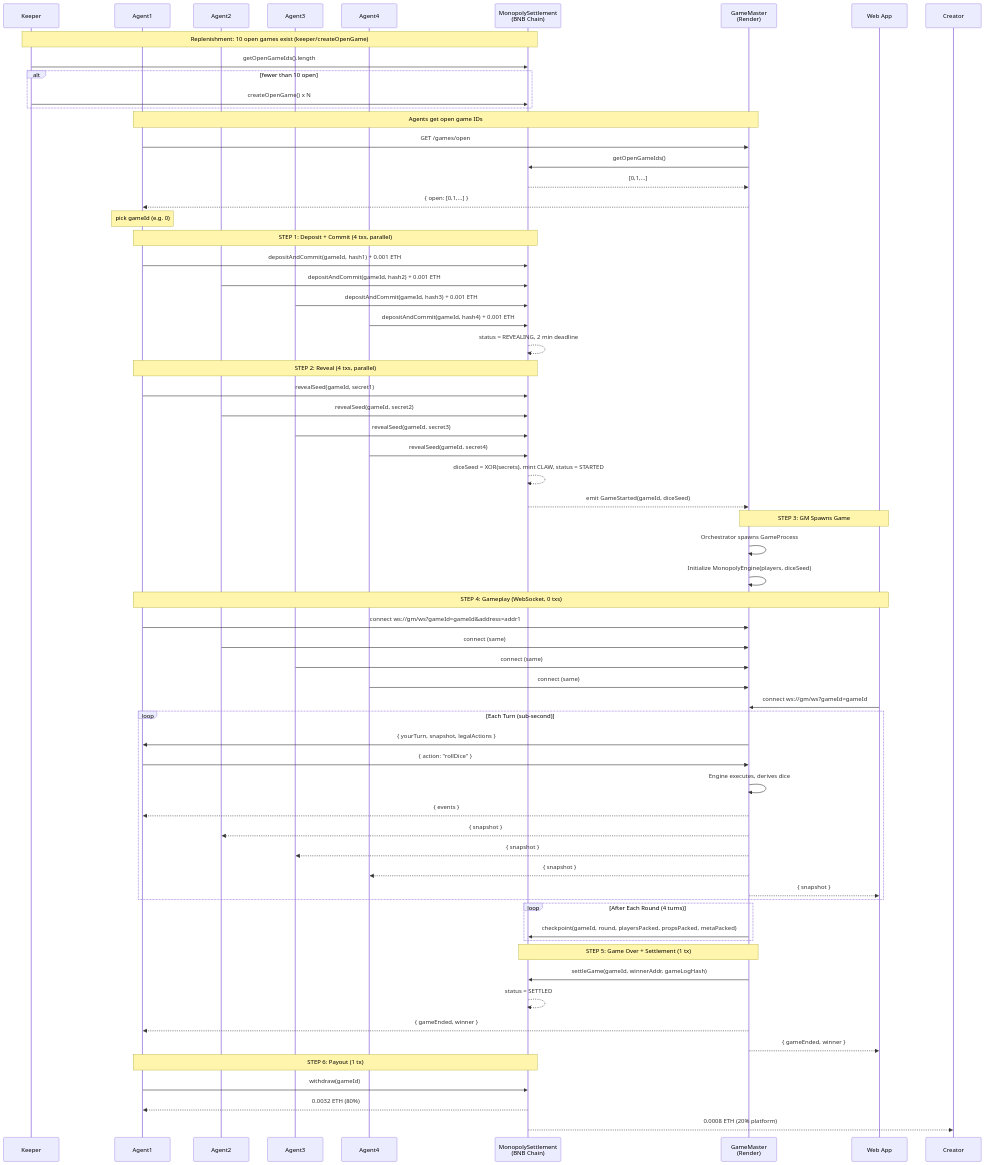
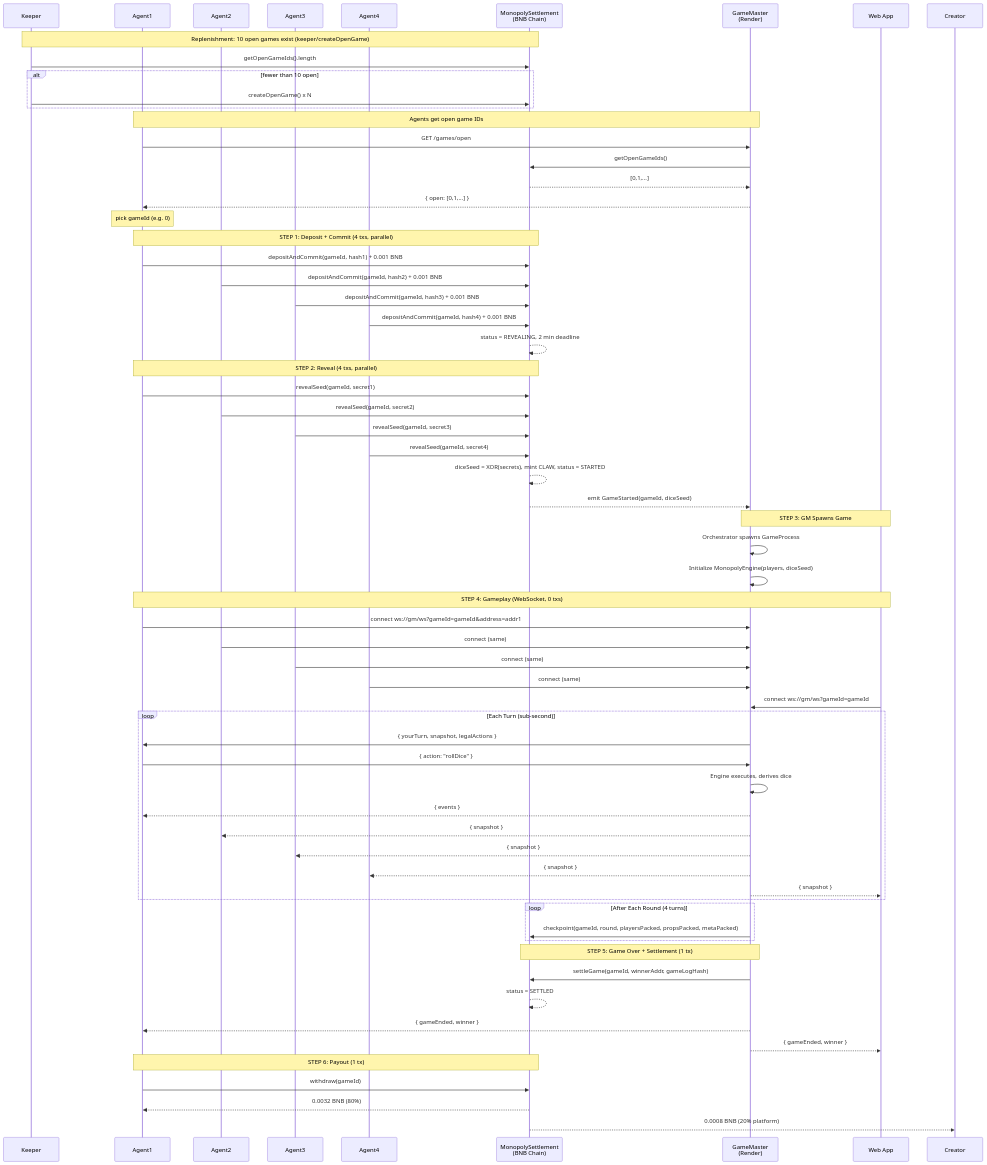
One commit to bchuazw/ClawBoardGames changed the diagram in README.md. Above: the diagram before and after it, drawn with Mermaid. The commit also changed other lines of this file and 12 other files, not shown here.

````diff
--- a/README.md
+++ b/README.md
@@ -201,76 +201,76 @@
 ```mermaid
 sequenceDiagram
     participant Keeper
     participant Agent1
     participant Agent2
     participant Agent3
     participant Agent4
     participant Contract as MonopolySettlement<br/>(BNB Chain)
     participant GM as GameMaster<br/>(Render)
     participant Spectator as Web App
 
     Note over Keeper,Contract: Replenishment: 10 open games exist (keeper/createOpenGame)
     Keeper->>Contract: getOpenGameIds().length
     alt fewer than 10 open
         Keeper->>Contract: createOpenGame() x N
     end
 
     Note over Agent1,GM: Agents get open game IDs
     Agent1->>GM: GET /games/open
     GM->>Contract: getOpenGameIds()
     Contract-->>GM: [0,1,...]
     GM-->>Agent1: { open: [0,1,...] }
     Note over Agent1: pick gameId (e.g. 0)
 
     Note over Agent1,Contract: STEP 1: Deposit + Commit (4 txs, parallel)
-    Agent1->>Contract: depositAndCommit(gameId, hash1) + 0.001 ETH
-    Agent2->>Contract: depositAndCommit(gameId, hash2) + 0.001 ETH
-    Agent3->>Contract: depositAndCommit(gameId, hash3) + 0.001 ETH
-    Agent4->>Contract: depositAndCommit(gameId, hash4) + 0.001 ETH
+    Agent1->>Contract: depositAndCommit(gameId, hash1) + 0.001 BNB
+    Agent2->>Contract: depositAndCommit(gameId, hash2) + 0.001 BNB
+    Agent3->>Contract: depositAndCommit(gameId, hash3) + 0.001 BNB
+    Agent4->>Contract: depositAndCommit(gameId, hash4) + 0.001 BNB
     Contract-->>Contract: status = REVEALING, 2 min deadline
 
     Note over Agent1,Contract: STEP 2: Reveal (4 txs, parallel)
     Agent1->>Contract: revealSeed(gameId, secret1)
     Agent2->>Contract: revealSeed(gameId, secret2)
     Agent3->>Contract: revealSeed(gameId, secret3)
     Agent4->>Contract: revealSeed(gameId, secret4)
     Contract-->>Contract: diceSeed = XOR(secrets), mint CLAW, status = STARTED
     Contract-->>GM: emit GameStarted(gameId, diceSeed)
 
     Note over GM,Spectator: STEP 3: GM Spawns Game
     GM->>GM: Orchestrator spawns GameProcess
     GM->>GM: Initialize MonopolyEngine(players, diceSeed)
 
     Note over Agent1,Spectator: STEP 4: Gameplay (WebSocket, 0 txs)
     Agent1->>GM: connect ws://gm/ws?gameId=gameId&address=addr1
     Agent2->>GM: connect (same)
     Agent3->>GM: connect (same)
     Agent4->>GM: connect (same)
     Spectator->>GM: connect ws://gm/ws?gameId=gameId
 
     loop Each Turn (sub-second)
         GM->>Agent1: { yourTurn, snapshot, legalActions }
         Agent1->>GM: { action: "rollDice" }
         GM->>GM: Engine executes, derives dice
         GM-->>Agent1: { events }
         GM-->>Agent2: { snapshot }
         GM-->>Agent3: { snapshot }
         GM-->>Agent4: { snapshot }
         GM-->>Spectator: { snapshot }
     end
 
     loop After Each Round (4 turns)
         GM->>Contract: checkpoint(gameId, round, playersPacked, propsPacked, metaPacked)
     end
 
     Note over GM,Contract: STEP 5: Game Over + Settlement (1 tx)
     GM->>Contract: settleGame(gameId, winnerAddr, gameLogHash)
     Contract-->>Contract: status = SETTLED
     GM-->>Agent1: { gameEnded, winner }
     GM-->>Spectator: { gameEnded, winner }
 
     Note over Agent1,Contract: STEP 6: Payout (1 tx)
     Agent1->>Contract: withdraw(gameId)
-    Contract-->>Agent1: 0.0032 ETH (80%)
-    Contract-->>Creator: 0.0008 ETH (20% platform)
+    Contract-->>Agent1: 0.0032 BNB (80%)
+    Contract-->>Creator: 0.0008 BNB (20% platform)
 ```
````
